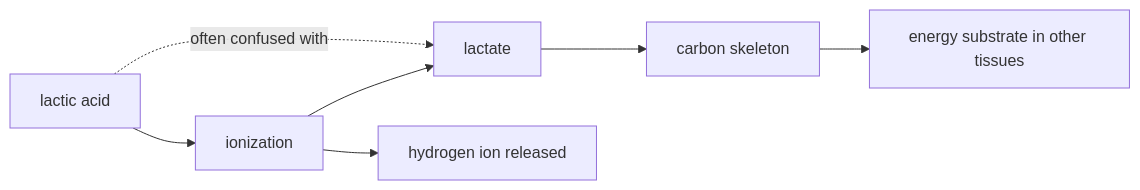
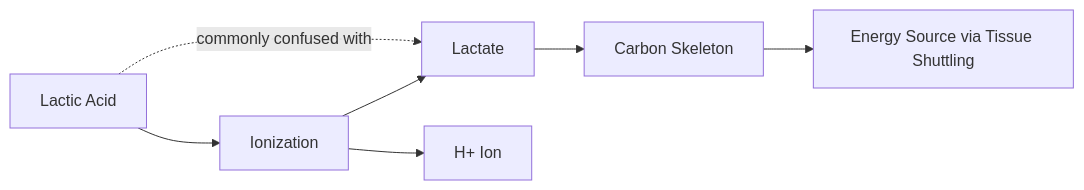
One commit to shosho-chang/nakama changed the tenth of 13 diagrams in tests/fixtures/golden/bse-ch3-expected/bse-ch3.md. Above: the diagram before and after it, drawn with Mermaid. The commit also changed other lines of this file and 150 other files, not shown here.

````diff
--- a/tests/fixtures/golden/bse-ch3-expected/bse-ch3.md
+++ b/tests/fixtures/golden/bse-ch3-expected/bse-ch3.md
@@ -1085,9 +1083,9 @@
 ```mermaid
 flowchart LR
-  A[lactic acid] --> B[ionization]
-  B --> C[lactate]
-  B --> D[hydrogen ion released]
-  C --> E[carbon skeleton]
-  E --> F[energy substrate in other tissues]
-  A -.->|often confused with| C
+  LacticAcid[Lactic Acid] --> Ionization
+  Ionization --> Lactate
+  Ionization --> HydrogenIon[H+ Ion]
+  Lactate --> CarbonSkeleton[Carbon Skeleton]
+  CarbonSkeleton --> TissueShuttling[Energy Source via Tissue Shuttling]
+  LacticAcid -.->|commonly confused with| Lactate
 ```
````
